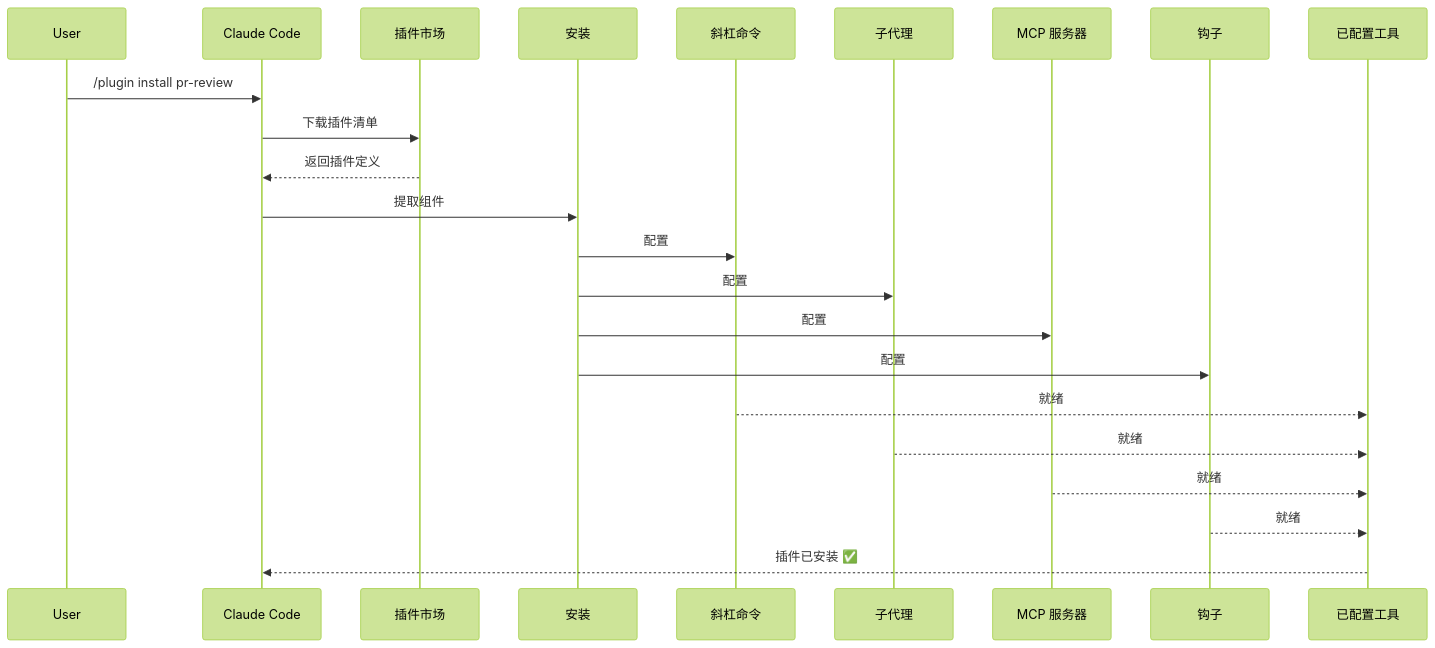
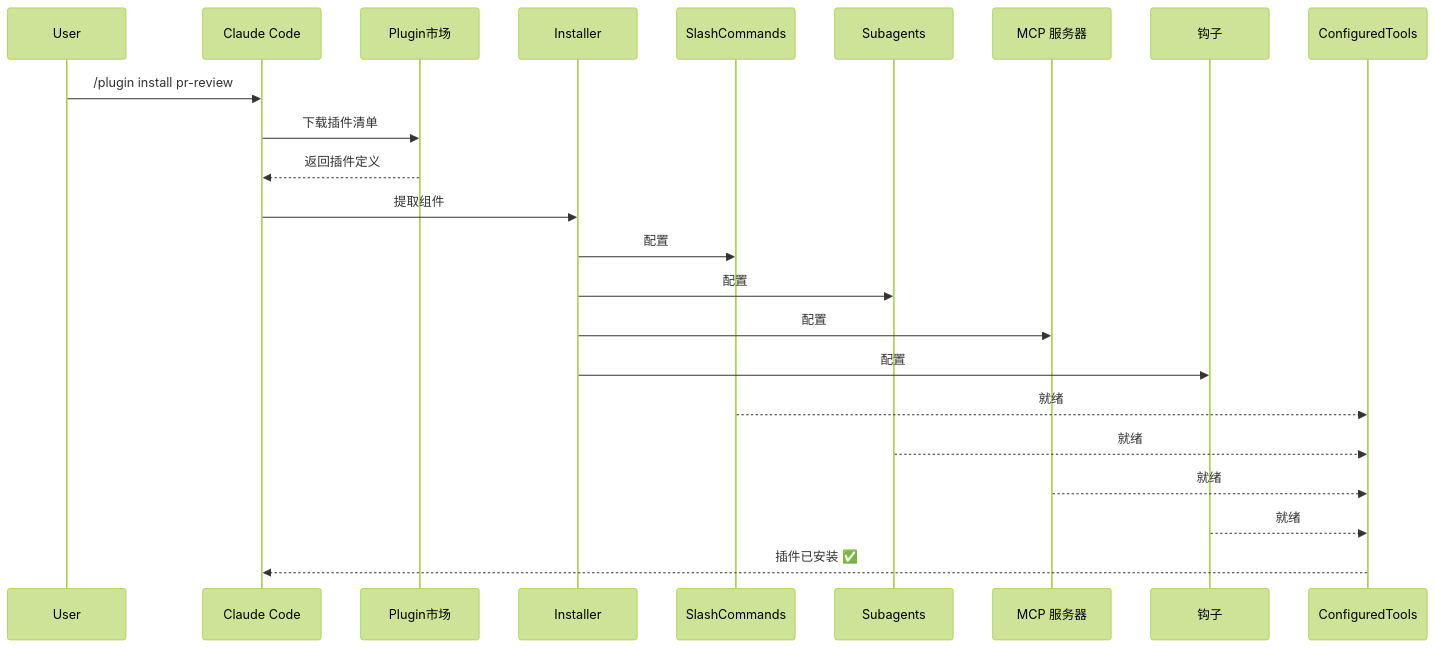
Before and after one commit to Rx782-Fss/claude-howto-zh: diagram 23 of 31 in claude_concepts_guide.md, drawn with Mermaid (forest theme). The commit also changed other lines of this file and 4 other files, not shown here.

Commit message:
fix: sequenceDiagram participant as 中文别名改为英文避免 GitHub 渲染失败

````diff
--- a/claude_concepts_guide.md
+++ b/claude_concepts_guide.md
@@ -2184,26 +2184,26 @@
 ```mermaid
 sequenceDiagram
     participant User
     participant Claude as Claude Code
-    participant Plugin as 插件市场
-    participant Install as 安装
-    participant SlashCmds as 斜杠命令
-    participant Subagents as 子代理
+    participant Plugin as Plugin市场
+    participant Install as Installer
+    participant SlashCmds as SlashCommands
+    participant Subagents as Subagents
     participant MCPServers as MCP 服务器
     participant Hooks as 钩子
-    participant Tools as 已配置工具
+    participant Tools as ConfiguredTools
 
     User->>Claude: /plugin install pr-review
     Claude->>Plugin: 下载插件清单
     Plugin-->>Claude: 返回插件定义
     Claude->>Install: 提取组件
     Install->>SlashCmds: 配置
     Install->>Subagents: 配置
     Install->>MCPServers: 配置
     Install->>Hooks: 配置
     SlashCmds-->>Tools: 就绪
     Subagents-->>Tools: 就绪
     MCPServers-->>Tools: 就绪
     Hooks-->>Tools: 就绪
     Tools-->>Claude: 插件已安装 ✅
 ```
````
